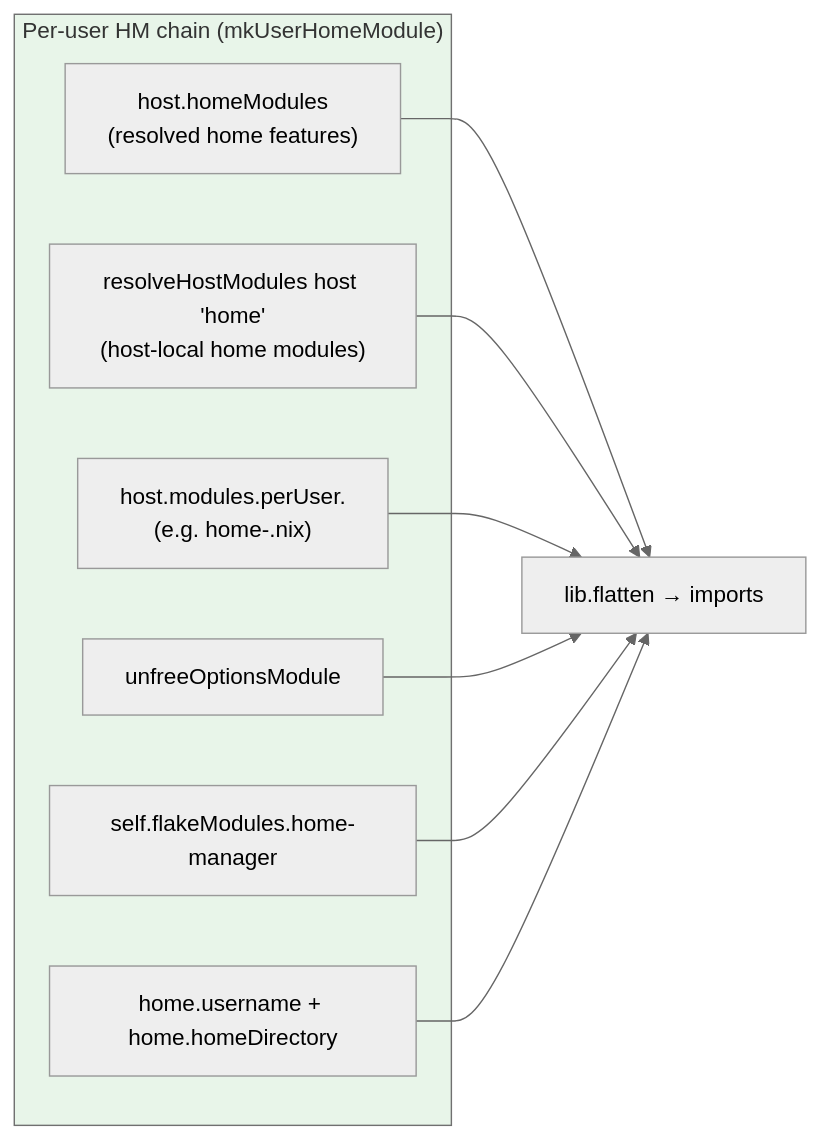
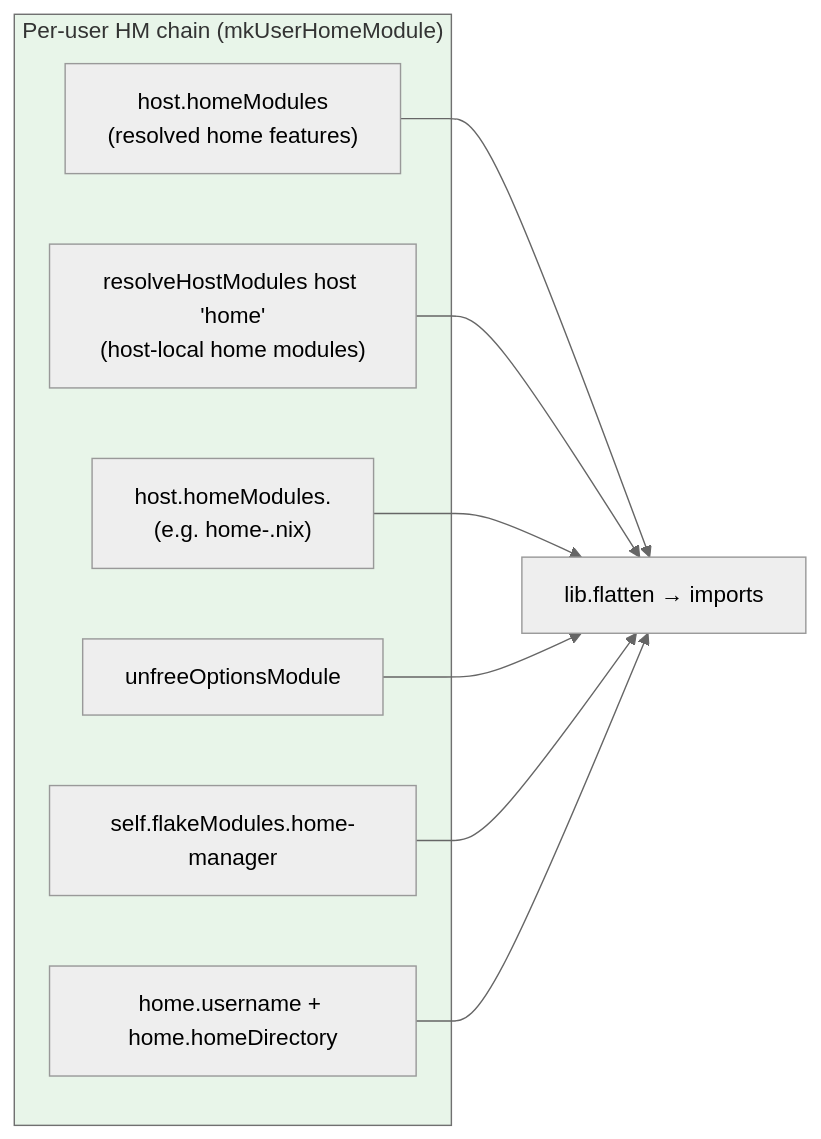
One commit to WombatFromHell/automatic-palm-tree changed the seventh of 8 diagrams in DESIGN.md. Above: the diagram before and after it, drawn with Mermaid (neutral theme). The commit also changed other lines of this file and 12 other files, not shown here.

````diff
--- a/DESIGN.md
+++ b/DESIGN.md
@@ -297,18 +268,18 @@
 ```mermaid
 flowchart LR
     subgraph HM["Per-user HM chain (mkUserHomeModule)"]
         homeFeat["host.homeModules\n(resolved home features)"]
         hostMod["resolveHostModules host 'home'\n(host-local home modules)"]
-        perUser["host.modules.perUser.<user>\n(e.g. home-<user>.nix)"]
+        perUser["host.homeModules.<user>\n(e.g. home-<user>.nix)"]
         unfree["unfreeOptionsModule"]
         hmFlakeMod["self.flakeModules.home-manager"]
         defaults["home.username + home.homeDirectory"]
     end
     homeFeat --> chain["lib.flatten → imports"]
     hostMod --> chain
     perUser --> chain
     unfree --> chain
     hmFlakeMod --> chain
     defaults --> chain
     style HM fill:#e8f5e9
 ```
````
